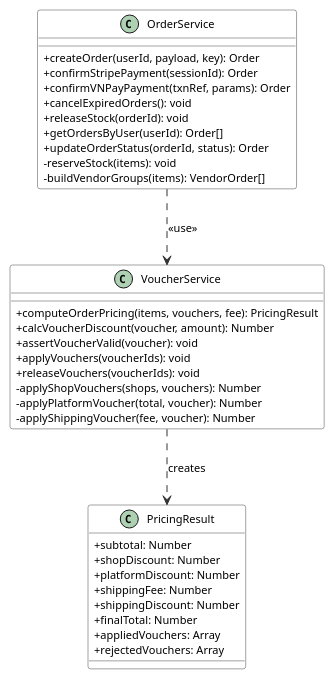
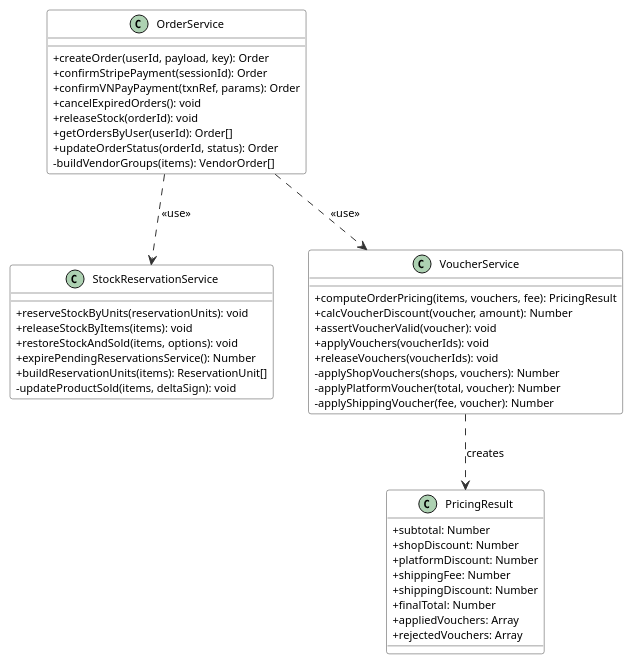
The diagram in report/diagrams/service_class_detail.puml (kiwwi1/DATN), drawn with PlantUML before and after one commit. The commit also changed 11 other files, not shown here.

```diff
--- a/report/diagrams/service_class_detail.puml
+++ b/report/diagrams/service_class_detail.puml
@@ -1,47 +1,56 @@
 @startuml service_class_detail
 skinparam classBackgroundColor White
 skinparam classBorderColor #444444
 skinparam arrowColor #333333
 skinparam shadowing false
 skinparam defaultFontName Arial
 skinparam defaultFontSize 11
 skinparam classAttributeIconSize 0
 
 class OrderService {
   + createOrder(userId, payload, key): Order
   + confirmStripePayment(sessionId): Order
   + confirmVNPayPayment(txnRef, params): Order
   + cancelExpiredOrders(): void
   + releaseStock(orderId): void
   + getOrdersByUser(userId): Order[]
   + updateOrderStatus(orderId, status): Order
-  - reserveStock(items): void
   - buildVendorGroups(items): VendorOrder[]
+}
+
+class StockReservationService {
+  + reserveStockByUnits(reservationUnits): void
+  + releaseStockByItems(items): void
+  + restoreStockAndSold(items, options): void
+  + expirePendingReservationsService(): Number
+  + buildReservationUnits(items): ReservationUnit[]
+  - updateProductSold(items, deltaSign): void
 }
 
 class VoucherService {
   + computeOrderPricing(items, vouchers, fee): PricingResult
   + calcVoucherDiscount(voucher, amount): Number
   + assertVoucherValid(voucher): void
   + applyVouchers(voucherIds): void
   + releaseVouchers(voucherIds): void
   - applyShopVouchers(shops, vouchers): Number
   - applyPlatformVoucher(total, voucher): Number
   - applyShippingVoucher(fee, voucher): Number
 }
 
 class PricingResult {
   + subtotal: Number
   + shopDiscount: Number
   + platformDiscount: Number
   + shippingFee: Number
   + shippingDiscount: Number
   + finalTotal: Number
   + appliedVouchers: Array
   + rejectedVouchers: Array
 }
 
 OrderService ..> VoucherService    : <<use>>
+OrderService ..> StockReservationService : <<use>>
 VoucherService ..> PricingResult   : creates
 
 @enduml
```
